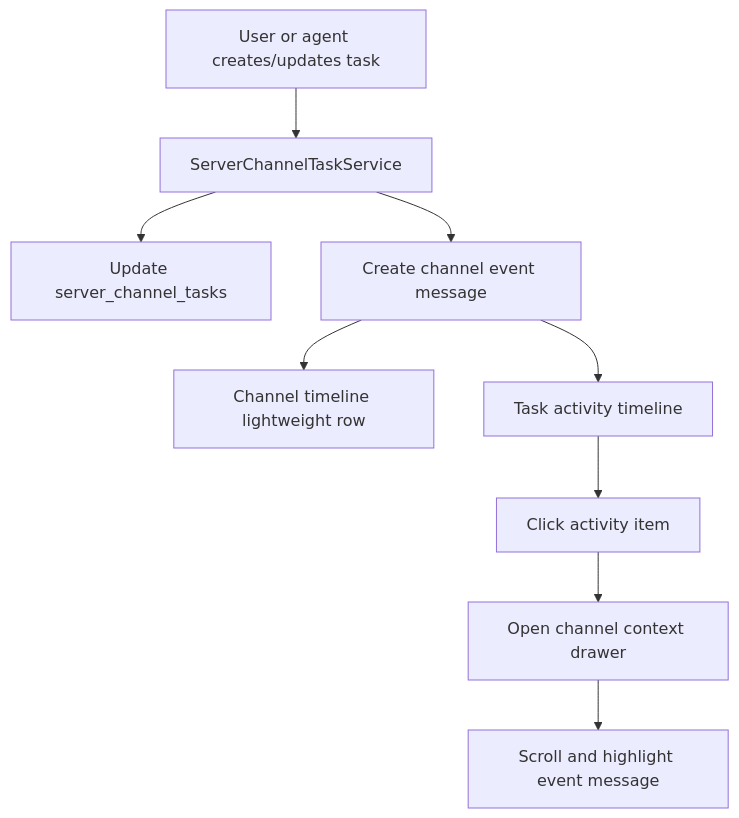
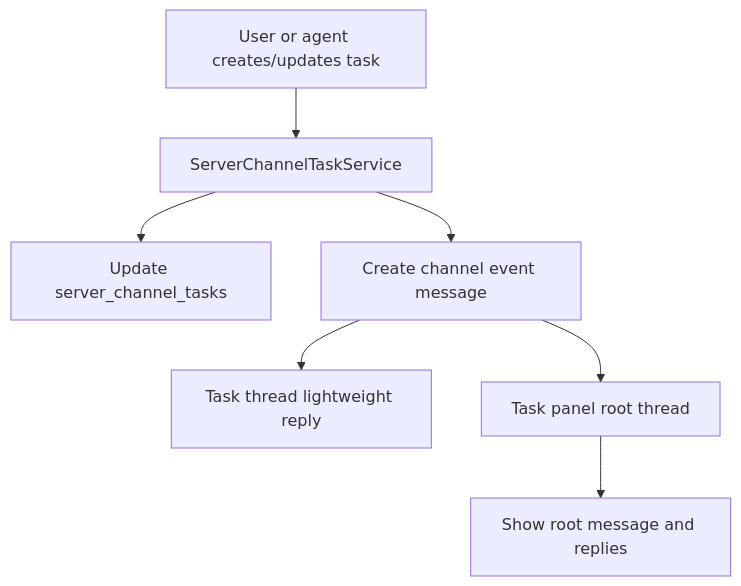
The second of 2 diagrams in specs/constitution/2026-05-11-channel-task-collaboration-model.md (poco-ai/poco-agent), drawn with Mermaid before and after one commit. The commit also changed other lines of this file and 7 other files, not shown here.

First line of the commit message:
fix(channel-tasks): refine task board thread interactions

````diff
--- a/specs/constitution/2026-05-11-channel-task-collaboration-model.md
+++ b/specs/constitution/2026-05-11-channel-task-collaboration-model.md
@@ -187,11 +186,9 @@
 ```mermaid
 flowchart TD
     A["User or agent creates/updates task"] --> B["ServerChannelTaskService"]
     B --> C["Update server_channel_tasks"]
     B --> D["Create channel event message"]
-    D --> E["Channel timeline lightweight row"]
-    D --> F["Task activity timeline"]
-    F --> G["Click activity item"]
-    G --> H["Open channel context drawer"]
-    H --> I["Scroll and highlight event message"]
+    D --> E["Task thread lightweight reply"]
+    D --> F["Task panel root thread"]
+    F --> G["Show root message and replies"]
 ```
````
